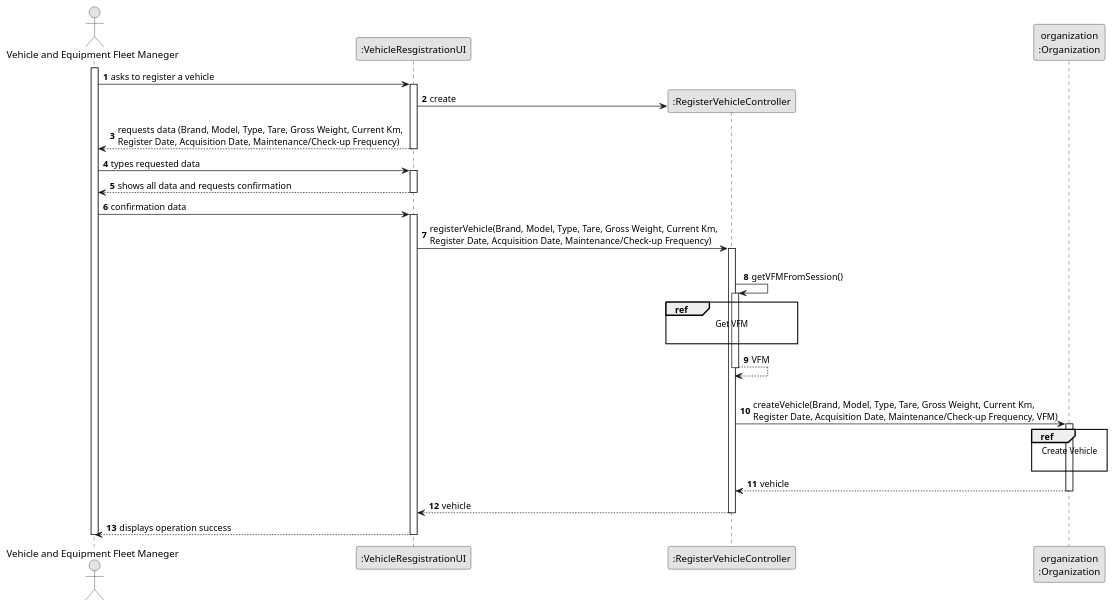
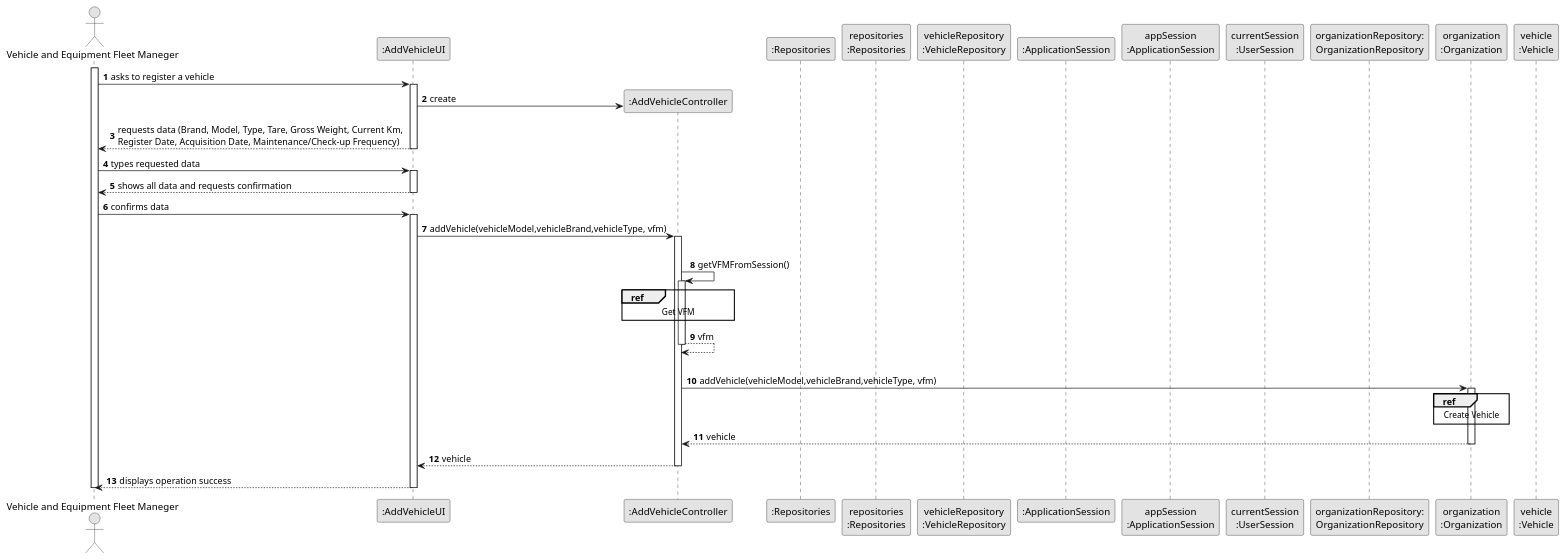
The diagram in docs/sprint2/us006/03.design/puml/us006-sequence-diagram-split.puml (tiagosoa/lei-24-s2-1dgh-g073), drawn with PlantUML before and after one commit. The commit also changed 38 other files, not shown here.

```diff
--- a/docs/sprint2/us006/03.design/puml/us006-sequence-diagram-split.puml
+++ b/docs/sprint2/us006/03.design/puml/us006-sequence-diagram-split.puml
@@ -1,72 +1,79 @@
 @startuml
 skinparam monochrome true
 skinparam packageStyle rectangle
 skinparam shadowing false
 
 autonumber
 
 'hide footbox
 actor "Vehicle and Equipment Fleet Maneger" as ADM
-participant ":VehicleResgistrationUI" as UI
-participant ":RegisterVehicleController" as RVC
+participant ":AddVehicleUI" as UI
+participant ":AddVehicleController" as CTRL
+participant ":Repositories" as RepositorySingleton
+participant ":Repositories" as RepositorySingleton
+participant "repositories\n:Repositories" as PLAT
+participant "vehicleRepository\n:VehicleRepository" as VR
+participant ":ApplicationSession" as _APP
+participant "appSession\n:ApplicationSession" as APP
+participant "currentSession\n:UserSession" as SESSAO
+participant "organizationRepository:\nOrganizationRepository" as OrganizationRepository
 participant "organization\n:Organization" as ORG
+participant "vehicle\n:Vehicle" as VEICULO
 
 activate ADM
 
         ADM -> UI : asks to register a vehicle
 
         activate UI
 
 '            UI --> ADM : requests data (reference, description,  informal \n description, technical description, duration, cost)
             'create CTRL
-            UI -> RVC** : create
+            UI -> CTRL** : create
 
             UI --> ADM : requests data (Brand, Model, Type, Tare, Gross Weight, Current Km, \nRegister Date, Acquisition Date, Maintenance/Check-up Frequency)
         deactivate UI
 
     ADM -> UI : types requested data
     activate UI
 
         UI --> ADM : shows all data and requests confirmation
     deactivate UI
 
-    ADM -> UI : confirmation data
+    ADM -> UI : confirms data
     activate UI
 
-        UI -> RVC : registerVehicle(Brand, Model, Type, Tare, Gross Weight, Current Km, \nRegister Date, Acquisition Date, Maintenance/Check-up Frequency)
-        activate RVC
+        UI -> CTRL : addVehicle(vehicleModel,vehicleBrand,vehicleType, vfm)
+        activate CTRL
 
 
             |||
-            RVC -> RVC : getVFMFromSession()
-            activate RVC
+            CTRL -> CTRL : getVFMFromSession()
+            activate CTRL
 
-                ref over RVC
-                  Get VFM
+                ref over CTRL
+                Get VFM
+                end
 
-                end ref
-
-                RVC --> RVC : VFM
-            deactivate RVC
+                CTRL --> CTRL : vfm
+            deactivate CTRL
 
             |||
-            RVC -> ORG: createVehicle(Brand, Model, Type, Tare, Gross Weight, Current Km, \nRegister Date, Acquisition Date, Maintenance/Check-up Frequency, VFM)
+            CTRL -> ORG: addVehicle(vehicleModel,vehicleBrand,vehicleType, vfm)
             activate ORG
 
                 ref over ORG
-                    Create Vehicle
+                Create Vehicle
+                end
 
-                end ref
-
-                ORG --> RVC : vehicle
+                ORG --> CTRL : vehicle
 
             deactivate ORG
 
-            RVC --> UI: vehicle
-            deactivate RVC
+            CTRL --> UI: vehicle
+            deactivate CTRL
             UI --> ADM: displays operation success
     deactivate UI
 
 deactivate ADM
 
 @enduml
```
